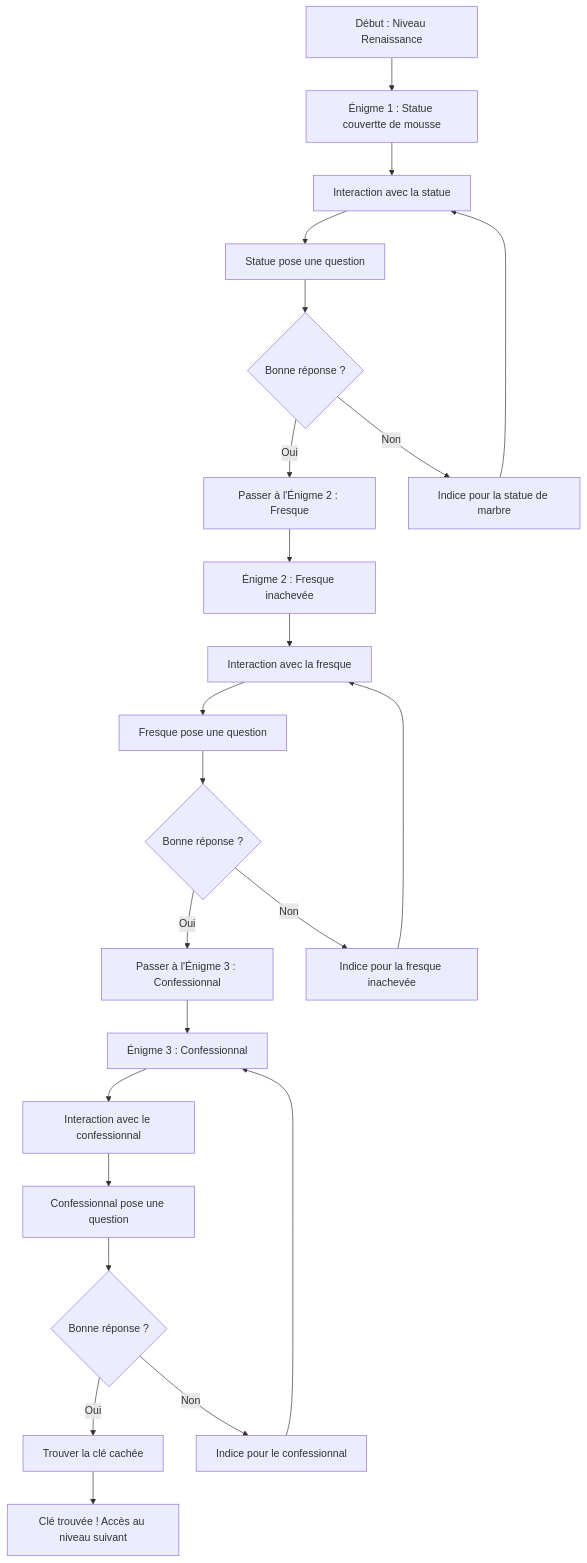
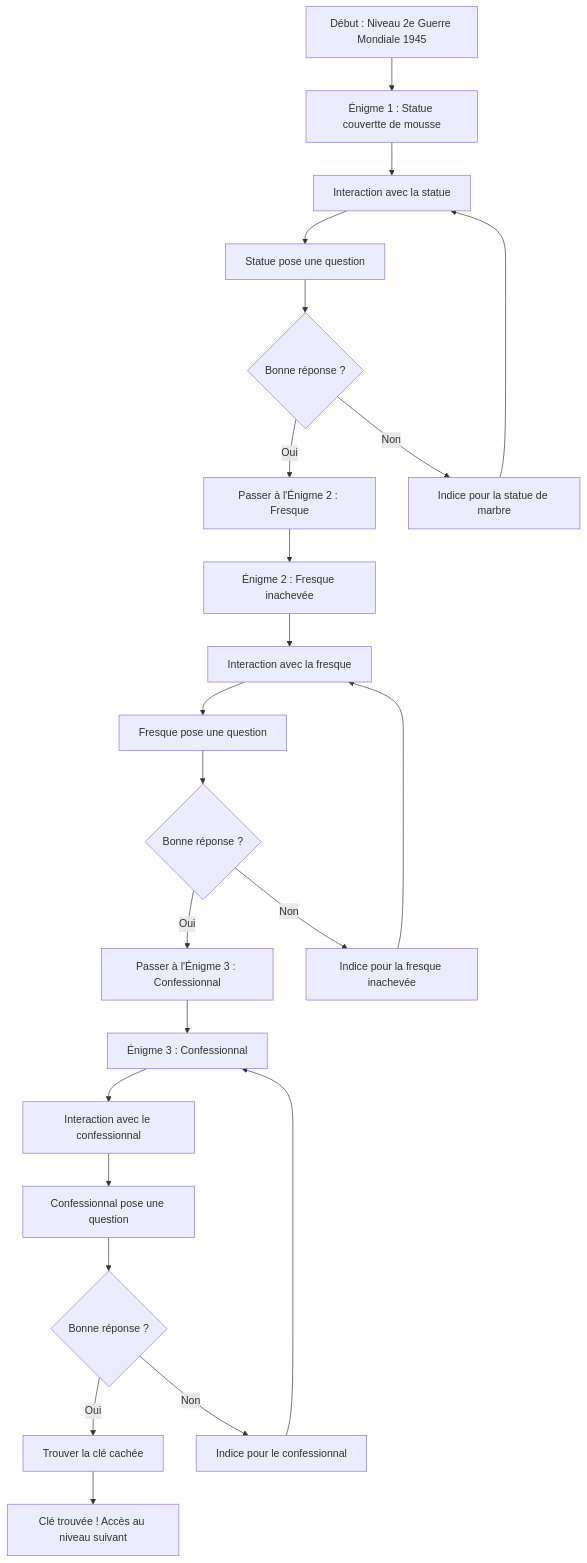
The diagram in schemas/1945.md (Chrono-Escape-Project/VR-Escape-Game), drawn with Mermaid before and after one commit.

````diff
--- a/schemas/1945.md
+++ b/schemas/1945.md
@@ -1,37 +1,37 @@
 ```mermaid
 graph TD;
-    A[Début : Niveau Renaissance] --> B[Énigme 1 : Statue couvertte de mousse];
+    A[Début : Niveau 2e Guerre Mondiale 1945] --> B[Énigme 1 : Statue couvertte de mousse];
     B --> C[Interaction avec la statue];
     C --> D[Statue pose une question];
 
     %% Vérification de la réponse de la statue
     D --> E{Bonne réponse ?};
     E -- Oui --> F[Passer à l'Énigme 2 : Fresque];
     E -- Non --> G[Indice pour la statue de marbre];
 
     %% Énigme 2 : Fresque
     F --> H[Énigme 2 : Fresque inachevée];
     H --> I[Interaction avec la fresque];
     I --> J[Fresque pose une question];
 
     %% Vérification de la réponse de la fresque
     J --> K{Bonne réponse ?};
     K -- Oui --> L[Passer à l'Énigme 3 : Confessionnal];
     K -- Non --> M[Indice pour la fresque inachevée];
 
     %% Énigme 3 : Confessionnal
     L --> N[Énigme 3 : Confessionnal];
     N --> O[Interaction avec le confessionnal];
     O --> P[Confessionnal pose une question];
 
     %% Vérification de la réponse du confessionnal
     P --> Q{Bonne réponse ?};
     Q -- Oui --> R[Trouver la clé cachée];
     Q -- Non --> S[Indice pour le confessionnal];
 
     %% Obtention de la clé et boucles de retour
     R --> T[Clé trouvée ! Accès au niveau suivant];
     S --> N;
     G --> C;
     M --> I;
 ```
````
